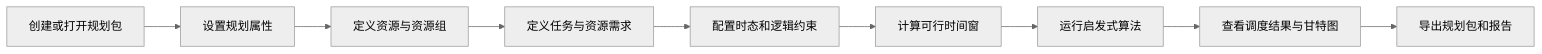
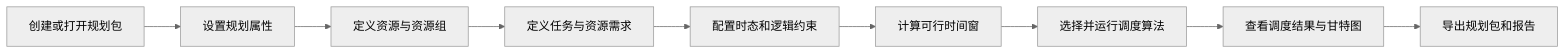
The first of 2 diagrams in README.md (huster-zj/spacetaskscheduler), drawn with Mermaid (neutral theme) before and after one commit. The commit also changed other lines of this file and 20 other files, not shown here.

````diff
--- a/README.md
+++ b/README.md
@@ -17,11 +17,11 @@
 ```mermaid
 flowchart LR
     A[创建或打开规划包] --> B[设置规划属性]
     B --> C[定义资源与资源组]
     C --> D[定义任务与资源需求]
     D --> E[配置时态和逻辑约束]
     E --> F[计算可行时间窗]
-    F --> G[运行启发式算法]
+    F --> G[选择并运行调度算法]
     G --> H[查看调度结果与甘特图]
     H --> I[导出规划包和报告]
 ```
````
